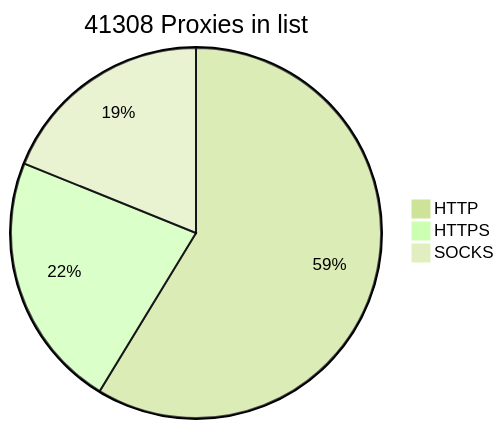
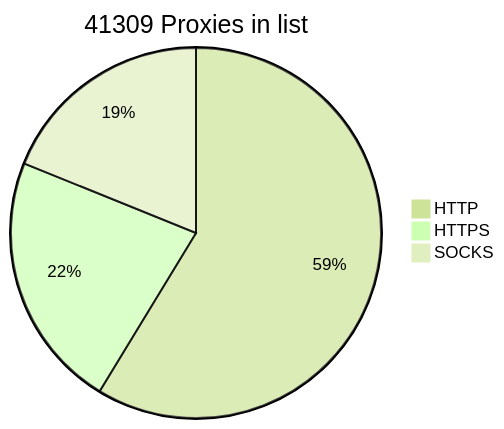
The diagram in README.md (BlackSnowDot/proxylist-update-every-minute), drawn with Mermaid (forest theme) before and after one commit. The commit also changed other lines of this file, not shown here.

````diff
--- a/README.md
+++ b/README.md
@@ -2,6 +2,6 @@
 ```mermaid
-pie title 41308 Proxies in list
-    "HTTP" : 28459
-    "HTTPS": 10864
+pie title 41309 Proxies in list
+    "HTTP" : 28458
+    "HTTPS": 10866
     "SOCKS" : 9154
 ```
````
